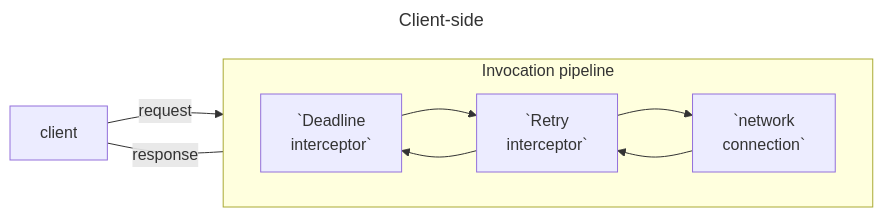
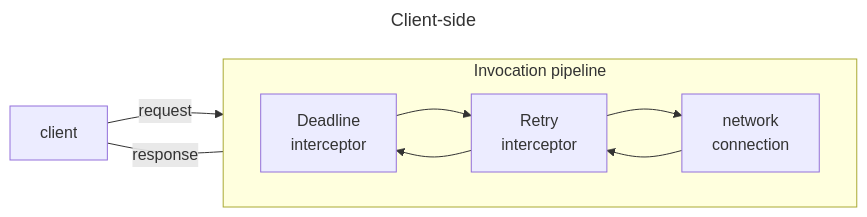
One commit to icerpc/icerpc-csharp changed the first of 2 diagrams in README.md. Above: the diagram before and after it, drawn with Mermaid. The commit also changed other lines of this file, not shown here.

Commit message:
Fix mermaid diagrams

````diff
--- a/README.md
+++ b/README.md
@@ -80,12 +80,12 @@
 ```mermaid
 ---
 title: Client-side
 ---
 flowchart LR
     subgraph pipeline[Invocation pipeline]
         direction LR
-        di[`Deadline\ninterceptor`] --> ri[`Retry\ninterceptor`] --> connection[`network\nconnection`] --> ri --> di
+        di[Deadline<br>interceptor] --> ri[Retry<br>interceptor] --> connection[network<br>connection] --> ri --> di
     end
     client -- request --> di
     client -- response --- di
 ```
````
